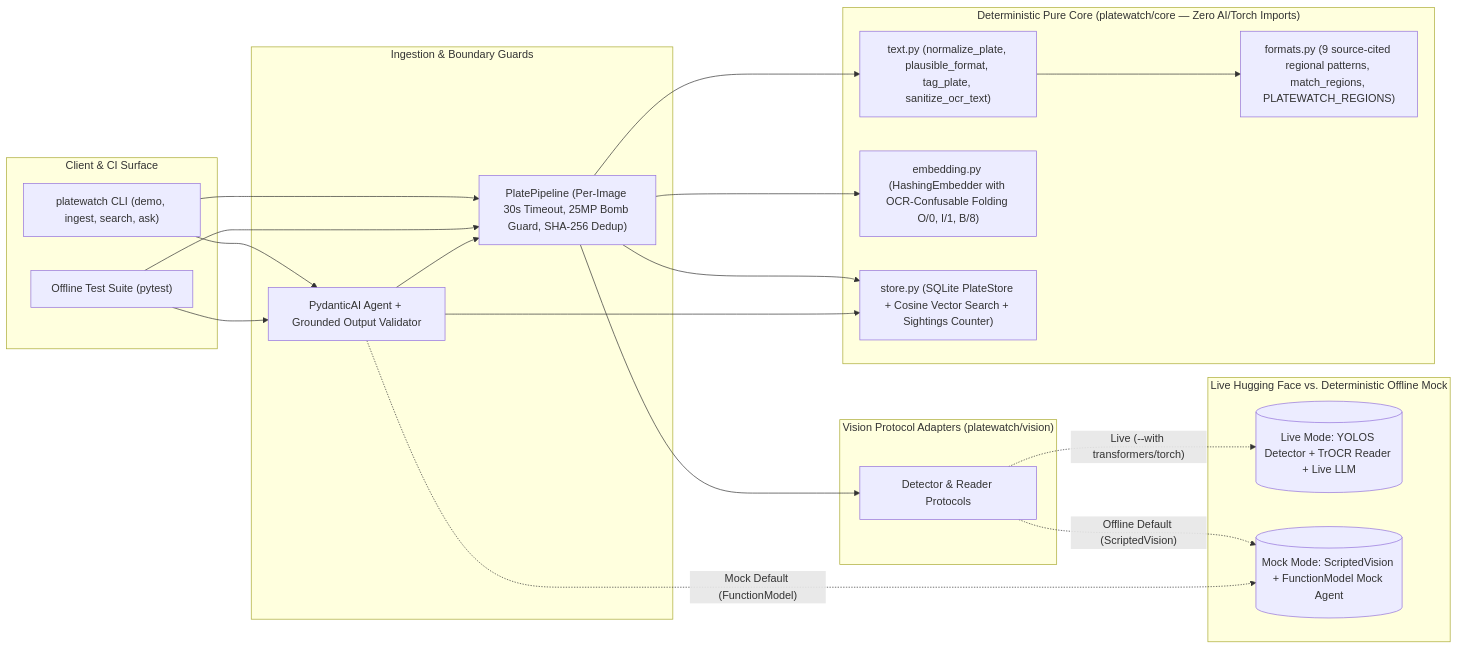
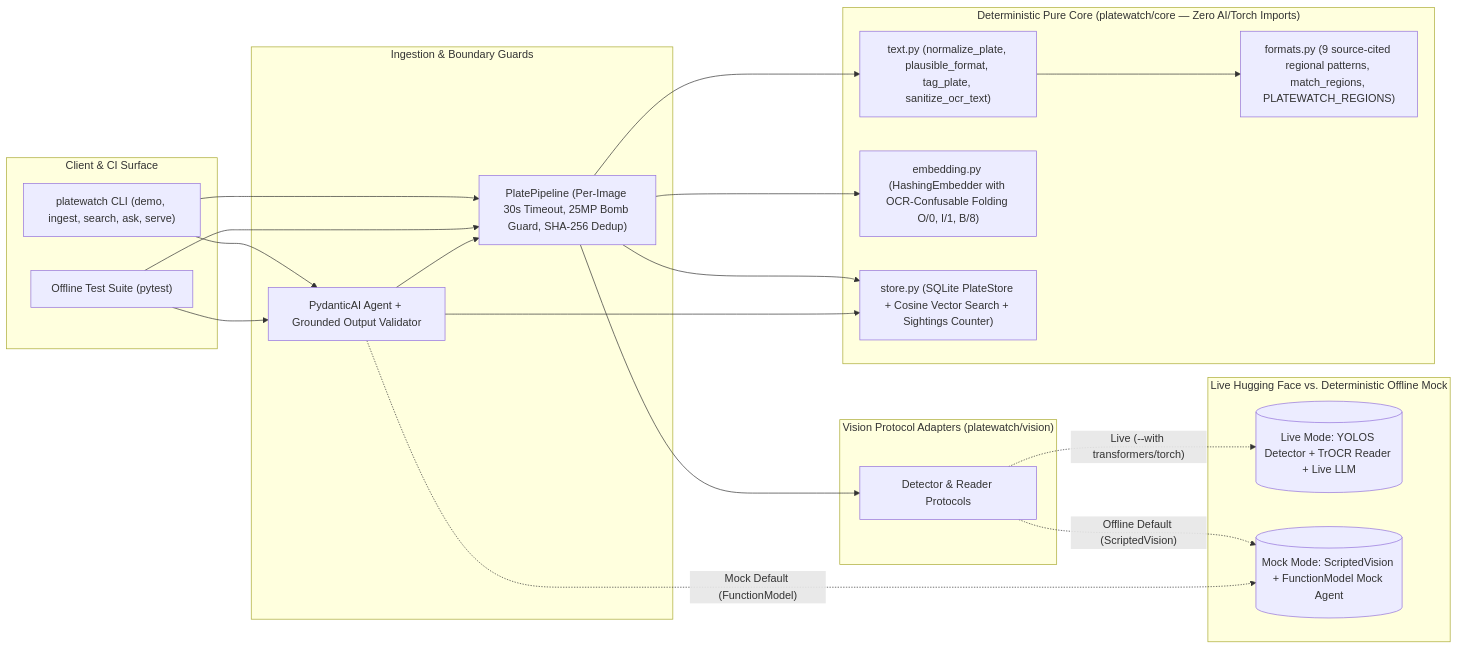
Before and after one commit to AshraHossain/agent-system: the first of 2 diagrams in platewatch/README.md, drawn with Mermaid. The commit also changed other lines of this file and 8 other files, not shown here.

First line of the commit message:
feat(platewatch): read-only GET /plates/search API (`platewatch serve`)

````diff
--- a/platewatch/README.md
+++ b/platewatch/README.md
@@ -16,36 +16,36 @@
 ```mermaid
 flowchart LR
     subgraph Client["Client & CI Surface"]
-        CLI["platewatch CLI (demo, ingest, search, ask)"]
+        CLI["platewatch CLI (demo, ingest, search, ask, serve)"]
         PYTEST["Offline Test Suite (pytest)"]
     end
 
     subgraph Edge["Ingestion & Boundary Guards"]
         PIPE["PlatePipeline (Per-Image 30s Timeout, 25MP Bomb Guard, SHA-256 Dedup)"]
         AG["PydanticAI Agent + Grounded Output Validator"]
     end
 
     subgraph Core["Deterministic Pure Core (platewatch/core — Zero AI/Torch Imports)"]
         TXT["text.py (normalize_plate, plausible_format, tag_plate, sanitize_ocr_text)"]
         FMT["formats.py (9 source-cited regional patterns, match_regions, PLATEWATCH_REGIONS)"]
         EMB["embedding.py (HashingEmbedder with OCR-Confusable Folding O/0, I/1, B/8)"]
         STORE["store.py (SQLite PlateStore + Cosine Vector Search + Sightings Counter)"]
     end
 
     subgraph Adapters["Vision Protocol Adapters (platewatch/vision)"]
         PROT["Detector & Reader Protocols"]
     end
 
     subgraph Backends["Live Hugging Face vs. Deterministic Offline Mock"]
         LIVE[("Live Mode: YOLOS Detector + TrOCR Reader + Live LLM")]
         MOCK[("Mock Mode: ScriptedVision + FunctionModel Mock Agent")]
     end
 
     CLI & PYTEST --> PIPE & AG
     PIPE --> PROT & TXT & EMB & STORE
     TXT --> FMT
     AG --> PIPE & STORE
     PROT -. "Live (--with transformers/torch)" .-> LIVE
     PROT -. "Offline Default (ScriptedVision)" .-> MOCK
     AG -. "Mock Default (FunctionModel)" .-> MOCK
 ```
````
